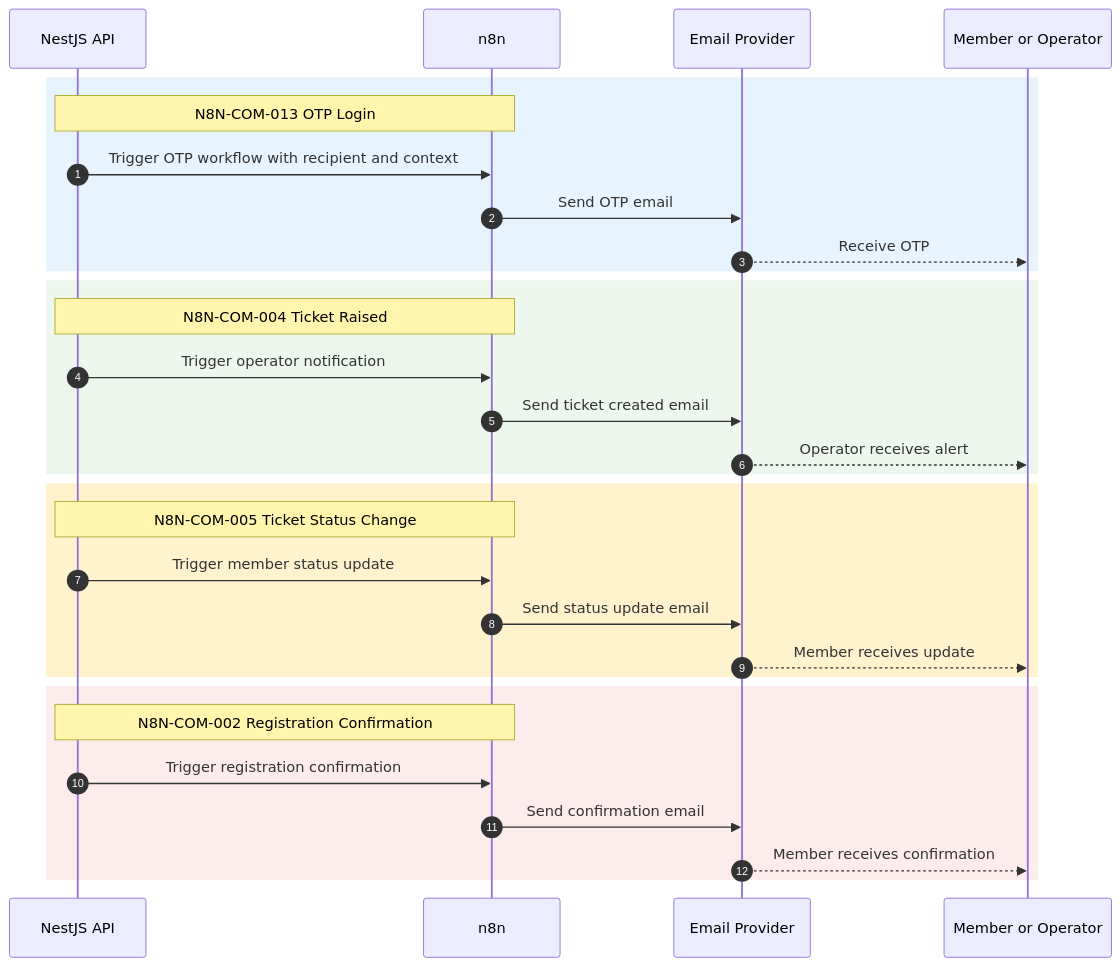
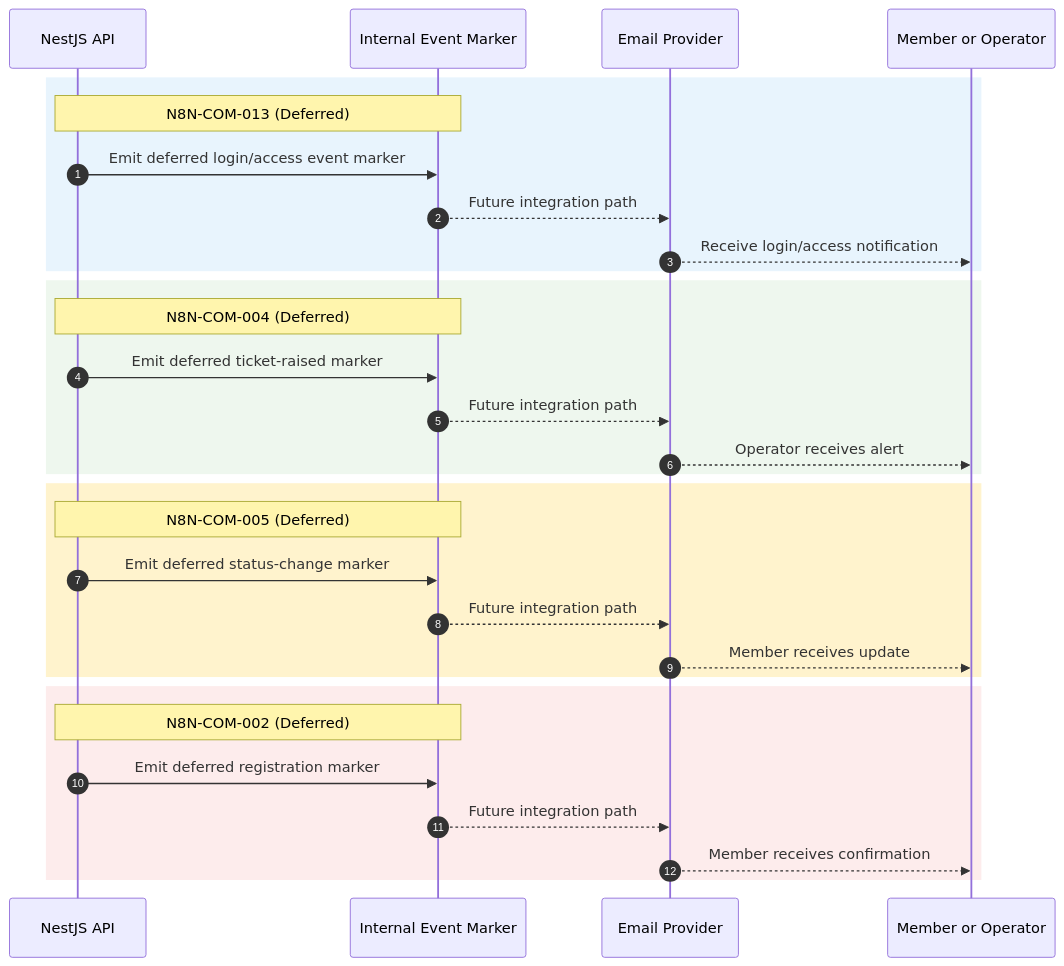
Before and after one commit to krkscm/ad-west: the diagram in ad-docs/business-intake-modular/12-architecture/13-notification-workflow-sequence-diagram.md, drawn with Mermaid. The commit also changed other lines of this file and 261 other files, not shown here.

````diff
--- a/ad-docs/business-intake-modular/12-architecture/13-notification-workflow-sequence-diagram.md
+++ b/ad-docs/business-intake-modular/12-architecture/13-notification-workflow-sequence-diagram.md
@@ -6,36 +14,36 @@
 ```mermaid
 sequenceDiagram
   autonumber
   participant APP as NestJS API
-  participant N8N as n8n
+  participant EVT as Internal Event Marker
   participant MAIL as Email Provider
   participant USER as Member or Operator
 
   rect rgb(232,244,253)
-    Note over APP,N8N: N8N-COM-013 OTP Login
-    APP->>N8N: Trigger OTP workflow with recipient and context
-    N8N->>MAIL: Send OTP email
-    MAIL-->>USER: Receive OTP
+    Note over APP,EVT: N8N-COM-013 (Deferred)
+    APP->>EVT: Emit deferred login/access event marker
+    EVT-->>MAIL: Future integration path
+    MAIL-->>USER: Receive login/access notification
   end
 
   rect rgb(238,247,238)
-    Note over APP,N8N: N8N-COM-004 Ticket Raised
-    APP->>N8N: Trigger operator notification
-    N8N->>MAIL: Send ticket created email
+    Note over APP,EVT: N8N-COM-004 (Deferred)
+    APP->>EVT: Emit deferred ticket-raised marker
+    EVT-->>MAIL: Future integration path
     MAIL-->>USER: Operator receives alert
   end
 
   rect rgb(255,243,205)
-    Note over APP,N8N: N8N-COM-005 Ticket Status Change
-    APP->>N8N: Trigger member status update
-    N8N->>MAIL: Send status update email
+    Note over APP,EVT: N8N-COM-005 (Deferred)
+    APP->>EVT: Emit deferred status-change marker
+    EVT-->>MAIL: Future integration path
     MAIL-->>USER: Member receives update
   end
 
   rect rgb(253,236,236)
-    Note over APP,N8N: N8N-COM-002 Registration Confirmation
-    APP->>N8N: Trigger registration confirmation
-    N8N->>MAIL: Send confirmation email
+    Note over APP,EVT: N8N-COM-002 (Deferred)
+    APP->>EVT: Emit deferred registration marker
+    EVT-->>MAIL: Future integration path
     MAIL-->>USER: Member receives confirmation
   end
 ```
````
